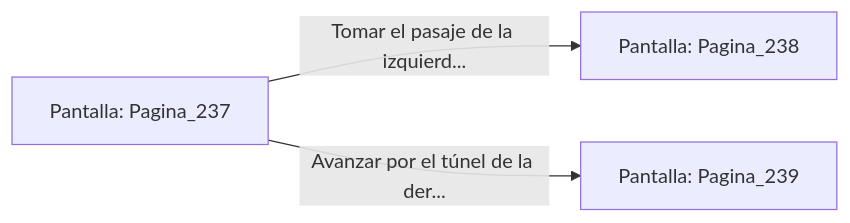
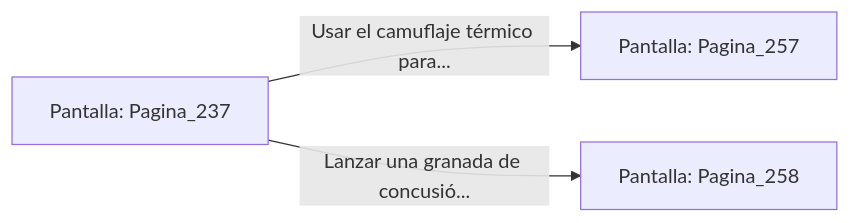
One commit to metsuke/mpl changed the diagram in sample/eligejuego-vault/Pantalla_Pagina_237.md. Above: the diagram before and after it, drawn with Mermaid. The commit also changed other lines of this file and 635 other files, not shown here.

First line of the commit message:
fix: añadir Pagina_1 como pantalla inicial en capitulo_01.mpl

````diff
--- a/sample/eligejuego-vault/Pantalla_Pagina_237.md
+++ b/sample/eligejuego-vault/Pantalla_Pagina_237.md
@@ -20,6 +24,6 @@
 ```mermaid
 graph LR
     P_Pagina_237["Pantalla: Pagina_237"]
-    P_Pagina_237 -->|"Tomar el pasaje de la izquierd..."| P_Pagina_238["Pantalla: Pagina_238"]
-    P_Pagina_237 -->|"Avanzar por el túnel de la der..."| P_Pagina_239["Pantalla: Pagina_239"]
+    P_Pagina_237 -->|"Usar el camuflaje térmico para..."| P_Pagina_257["Pantalla: Pagina_257"]
+    P_Pagina_237 -->|"Lanzar una granada de concusió..."| P_Pagina_258["Pantalla: Pagina_258"]
 ```
````
